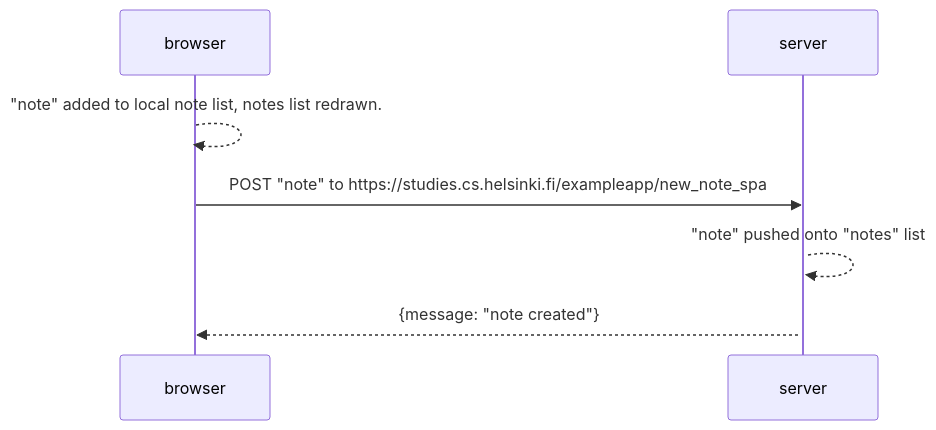
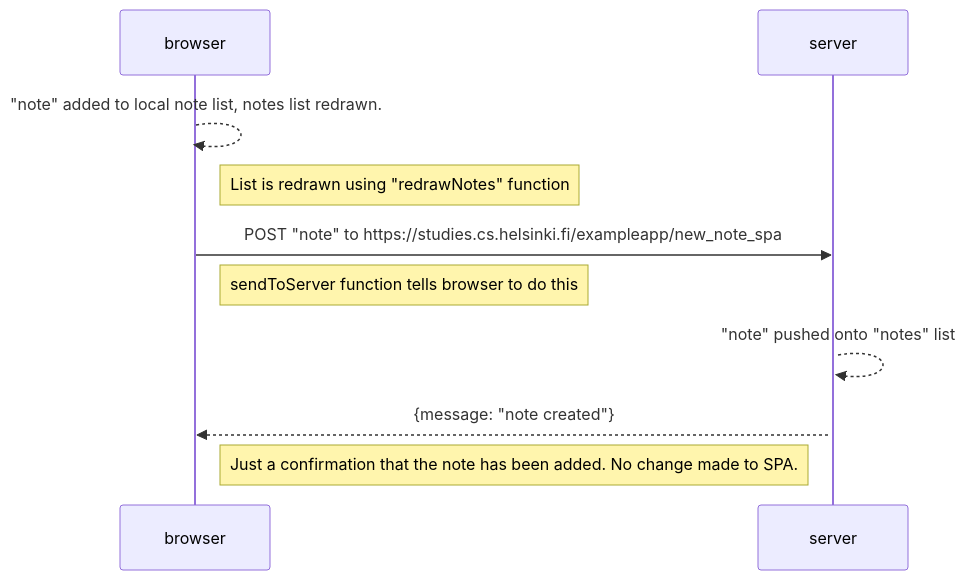
Before and after one commit to gul3isg00/fullStackOpen2023: the diagram in part0/exercise6.md, drawn with Mermaid.

Commit message:
Add notes to exercise 6

````diff
--- a/part0/exercise6.md
+++ b/part0/exercise6.md
@@ -2,11 +2,14 @@
 ```mermaid
 sequenceDiagram
     participant browser
     participant server
 
     browser-->>browser: "note" added to local note list, notes list redrawn.
+    Note right of browser: List is redrawn using "redrawNotes" function
     browser->>server: POST "note" to https://studies.cs.helsinki.fi/exampleapp/new_note_spa
+    Note right of browser: sendToServer function tells browser to do this
     activate server
     server-->>server: "note" pushed onto "notes" list
     server-->>browser: {message: "note created"}
+    Note left of server: Just a confirmation that the note has been added. No change made to SPA.
 ```
````
